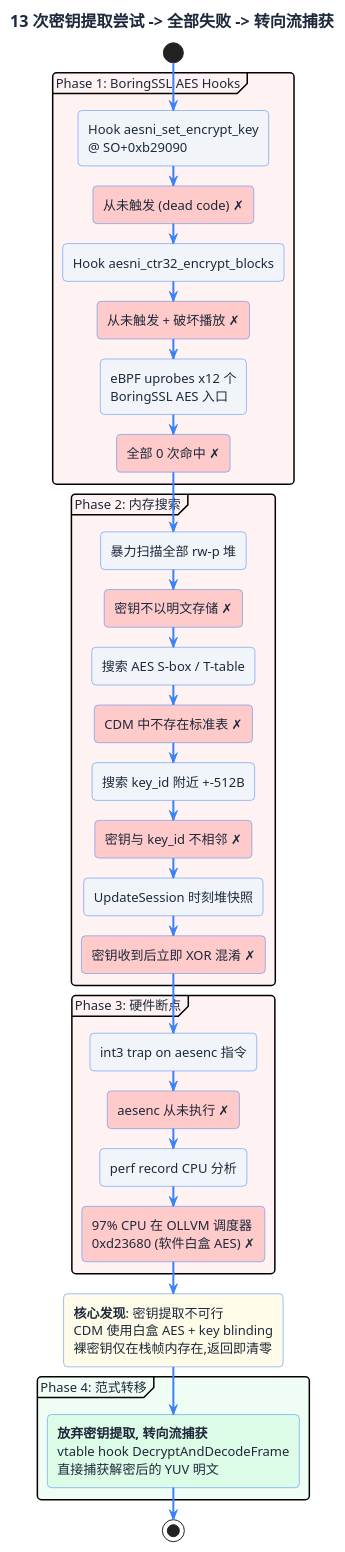
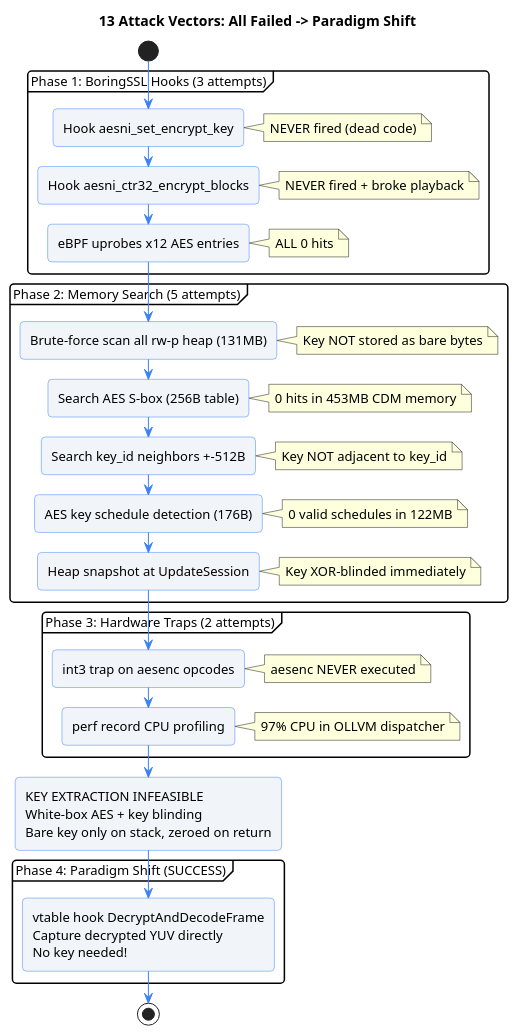
One commit to overkazaf/blogs changed the diagram in static/images/cdm-dump/attack_vectors.puml. Above: the diagram before and after it, drawn with PlantUML. The commit also changed 5 other files, not shown here.

First line of the commit message:
Major enrichment: fix diagrams, add automated workflow, verification, references, future directions

```diff
--- a/static/images/cdm-dump/attack_vectors.puml
+++ b/static/images/cdm-dump/attack_vectors.puml
@@ -1,60 +1,55 @@
 @startuml
 skinparam backgroundColor #FFFFFF
-skinparam defaultFontName "Segoe UI,Helvetica,Arial,sans-serif"
 skinparam defaultFontSize 13
-skinparam defaultFontColor #1e293b
 skinparam shadowing false
 skinparam roundCorner 8
-skinparam arrowColor #3b82f6
-skinparam arrowThickness 2
 skinparam activityBackgroundColor #f1f5f9
 skinparam activityBorderColor #3b82f6
-skinparam activityDiamondBackgroundColor #fefce8
-skinparam activityDiamondBorderColor #ca8a04
+skinparam arrowColor #3b82f6
 
-title <font size=16><b>13 次密钥提取尝试 -> 全部失败 -> 转向流捕获</b></font>
+title 13 Attack Vectors: All Failed -> Paradigm Shift
 
 start
 
-partition "Phase 1: BoringSSL AES Hooks" #fef2f2 {
-  :Hook aesni_set_encrypt_key\n@ SO+0xb29090;
-  #fecaca:从未触发 (dead code) ✗;
-
+partition "Phase 1: BoringSSL Hooks (3 attempts)" {
+  :Hook aesni_set_encrypt_key;
+  note right: NEVER fired (dead code)
   :Hook aesni_ctr32_encrypt_blocks;
-  #fecaca:从未触发 + 破坏播放 ✗;
-
-  :eBPF uprobes x12 个\nBoringSSL AES 入口;
-  #fecaca:全部 0 次命中 ✗;
+  note right: NEVER fired + broke playback
+  :eBPF uprobes x12 AES entries;
+  note right: ALL 0 hits
 }
 
-partition "Phase 2: 内存搜索" #fef2f2 {
-  :暴力扫描全部 rw-p 堆;
-  #fecaca:密钥不以明文存储 ✗;
-
-  :搜索 AES S-box / T-table;
-  #fecaca:CDM 中不存在标准表 ✗;
-
-  :搜索 key_id 附近 +-512B;
-  #fecaca:密钥与 key_id 不相邻 ✗;
-
-  :UpdateSession 时刻堆快照;
-  #fecaca:密钥收到后立即 XOR 混淆 ✗;
+partition "Phase 2: Memory Search (5 attempts)" {
+  :Brute-force scan all rw-p heap (131MB);
+  note right: Key NOT stored as bare bytes
+  :Search AES S-box (256B table);
+  note right: 0 hits in 453MB CDM memory
+  :Search key_id neighbors +-512B;
+  note right: Key NOT adjacent to key_id
+  :AES key schedule detection (176B);
+  note right: 0 valid schedules in 122MB
+  :Heap snapshot at UpdateSession;
+  note right: Key XOR-blinded immediately
 }
 
-partition "Phase 3: 硬件断点" #fef2f2 {
-  :int3 trap on aesenc 指令;
-  #fecaca:aesenc 从未执行 ✗;
-
-  :perf record CPU 分析;
-  #fecaca:97% CPU 在 OLLVM 调度器\n0xd23680 (软件白盒 AES) ✗;
+partition "Phase 3: Hardware Traps (2 attempts)" {
+  :int3 trap on aesenc opcodes;
+  note right: aesenc NEVER executed
+  :perf record CPU profiling;
+  note right: 97% CPU in OLLVM dispatcher
 }
 
-#fefce8:**核心发现**: 密钥提取不可行\nCDM 使用白盒 AES + key blinding\n裸密钥仅在栈帧内存在,返回即清零;
+:KEY EXTRACTION INFEASIBLE
+White-box AES + key blinding
+Bare key only on stack, zeroed on return;
 
-partition "Phase 4: 范式转移" #f0fdf4 {
-  #dcfce7:**放弃密钥提取, 转向流捕获**\nvtable hook DecryptAndDecodeFrame\n直接捕获解密后的 YUV 明文;
+partition "Phase 4: Paradigm Shift (SUCCESS)" {
+  :vtable hook DecryptAndDecodeFrame
+Capture decrypted YUV directly
+No key needed!;
 }
 
 stop
 
 @enduml
```
